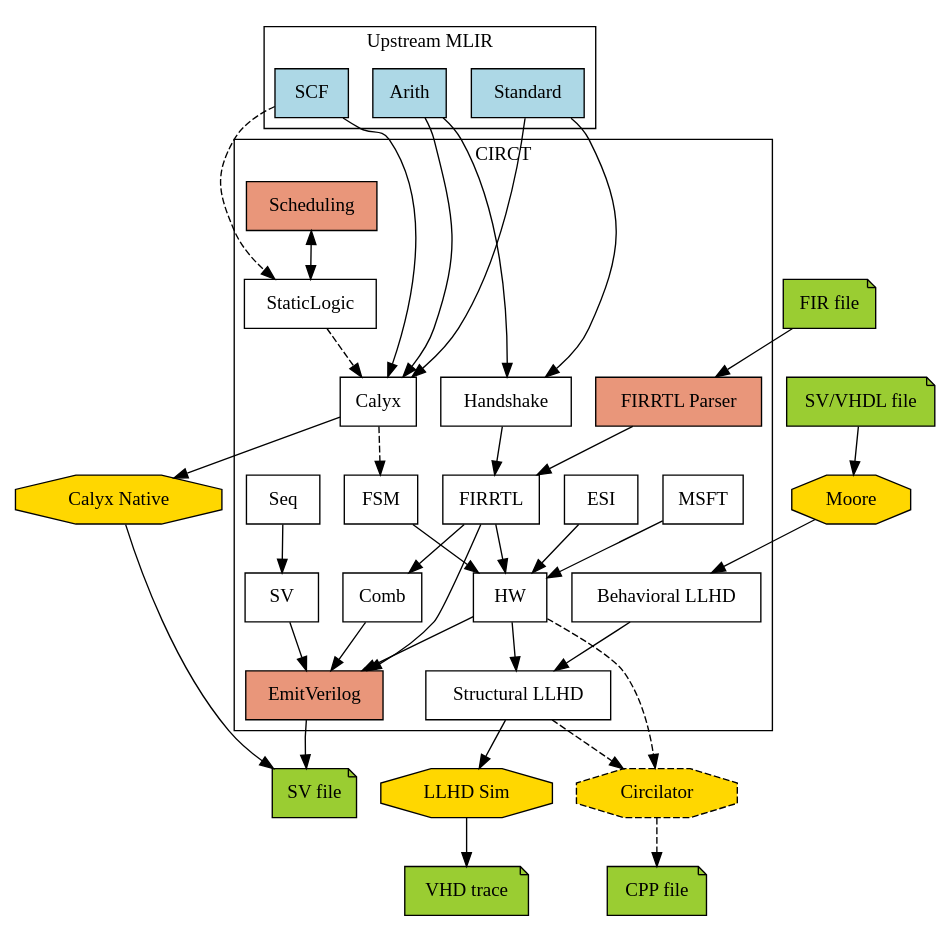
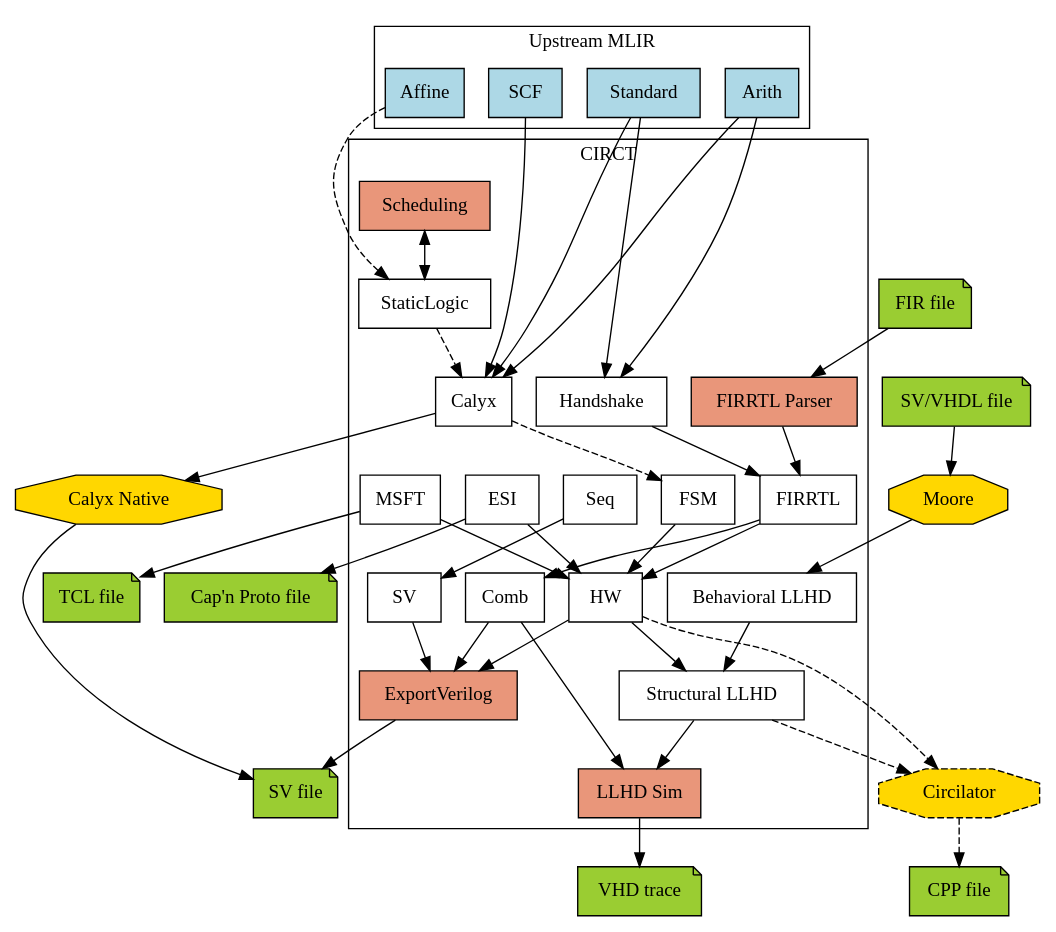
One commit to llvm/circt changed the diagram in docs/dialects.dot. Above: the diagram before and after it, drawn with Graphviz. The commit also changed 3 other files, not shown here.

Commit message:
Base dialect diagram on a graphviz graph

```diff
--- a/docs/dialects.dot
+++ b/docs/dialects.dot
@@ -1,98 +1,103 @@
 Digraph G {
   rankdir = TB
 	splines=spline;
 	node [shape=box style=filled fillcolor="white"]
   compound=true
 
   
   // MLIR dialects
   subgraph cluster_mlir {
     label = "Upstream MLIR";
     SCF [fillcolor="lightblue"]
     Standard [fillcolor="lightblue"]
     Arith [fillcolor="lightblue"]
+    Affine [fillcolor="lightblue"]
   }
 
   // ===== Nodes =====
 
   subgraph cluster_circt {
     label = "CIRCT"
     // CIRCT dialectss
     Calyx
     Handshake
     FIRRTL
     BLLHD [label="Behavioral LLHD"]
     SLLHD [label="Structural LLHD"]
     HW
     SV
     Comb
     Seq
     StaticLogic
     MSFT
     ESI
     FSM
 
     // Internal tools
-    EmitVerilog [fillcolor="darksalmon"]
+    ExportVerilog [fillcolor="darksalmon"]
     FIRRTLParser [label="FIRRTL Parser" fillcolor="darksalmon"]
     Scheduling [fillcolor="darksalmon"]
+    llhd_sim [label="LLHD Sim" fillcolor="darksalmon"]
   }
 
   // External tools
   Moore [shape=octagon fillcolor="gold"]
-  llhd_sim [label="LLHD Sim" shape=octagon fillcolor="gold"]
   Circilator [shape=octagon fillcolor="gold" style="dashed,filled"]
   Calyx_native [label="Calyx Native" shape=octagon fillcolor="gold"]
   
   // File formats
   FIRFile [label="FIR file" fillcolor="yellowgreen" shape=note]
   SVVHDL [label="SV/VHDL file" fillcolor="yellowgreen" shape=note]
   VCDTrace [label="VHD trace" fillcolor="yellowgreen" shape=note]
   CPPFile [label="CPP file" fillcolor="yellowgreen" shape=note]
   SVFile [label="SV file" fillcolor="yellowgreen" shape=note]
+  CapNProto [label="Cap'n Proto file" fillcolor="yellowgreen" shape=note]
+  TCL [label="TCL file" fillcolor="yellowgreen" shape=note]
 
   // ===== Connections =====
 
   // Dialect conversions
   SCF -> Calyx
-  SCF -> StaticLogic [style=dashed]
+  Affine -> StaticLogic [style=dashed]
   StaticLogic -> Calyx [style=dashed]
   Standard -> Calyx
   Arith -> Calyx
   Standard -> Handshake
   Arith -> Handshake
 
   Handshake -> FIRRTL
   BLLHD -> SLLHD
   Calyx -> FSM [style=dashed]
   Seq -> SV
   FIRRTL -> HW
   FSM -> HW
   ESI -> HW
   MSFT -> HW
   HW -> SLLHD 
   FIRRTL->Comb
-  Comb -> EmitVerilog
+  Comb -> ExportVerilog
 
   // Tool flows
   Scheduling -> StaticLogic [dir=both]
   FIRFile -> FIRRTLParser
   FIRRTLParser -> FIRRTL
-  FIRRTL -> EmitVerilog
-  HW -> EmitVerilog
-  SV -> EmitVerilog
+  HW -> ExportVerilog
+  SV -> ExportVerilog
   SVVHDL -> Moore
   Moore -> BLLHD
   SLLHD -> Circilator [style=dashed]
   HW -> Circilator [style=dashed]
   Calyx -> Calyx_native
-  EmitVerilog -> SVFile
+  ExportVerilog -> SVFile
   Circilator -> CPPFile [style=dashed]
   SLLHD -> llhd_sim
+  Comb -> llhd_sim
   llhd_sim -> VCDTrace
   Calyx_native -> SVFile
+  ESI -> CapNProto
+  MSFT -> TCL
 
   // ====== Some fake edges to coerce a good layout ======
-  SCF -> Scheduling [weight=999 style=invis];
-  EmitVerilog -> SVFile [weight=999 style=invis];
+  Affine -> Scheduling [weight=999 style=invis];
+  ExportVerilog -> SVFile [weight=999 style=invis];
 }
```
